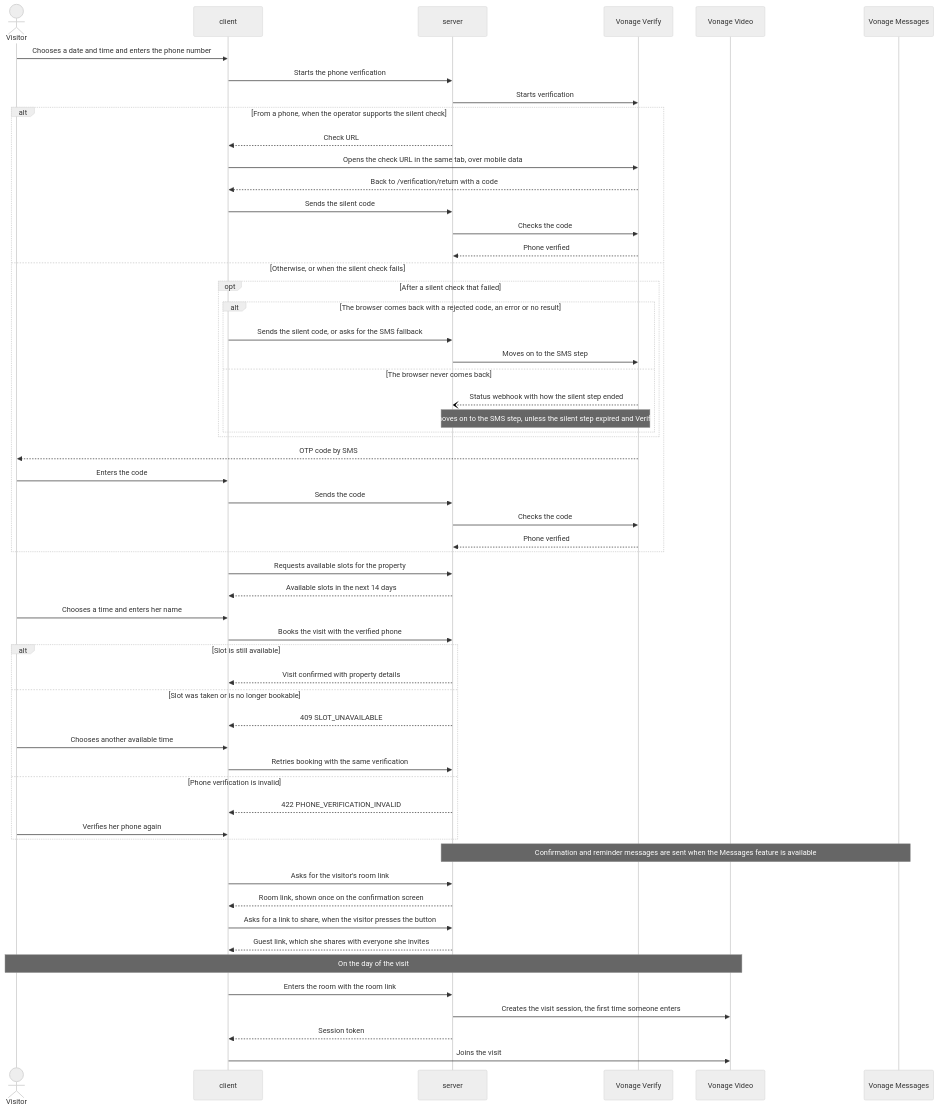
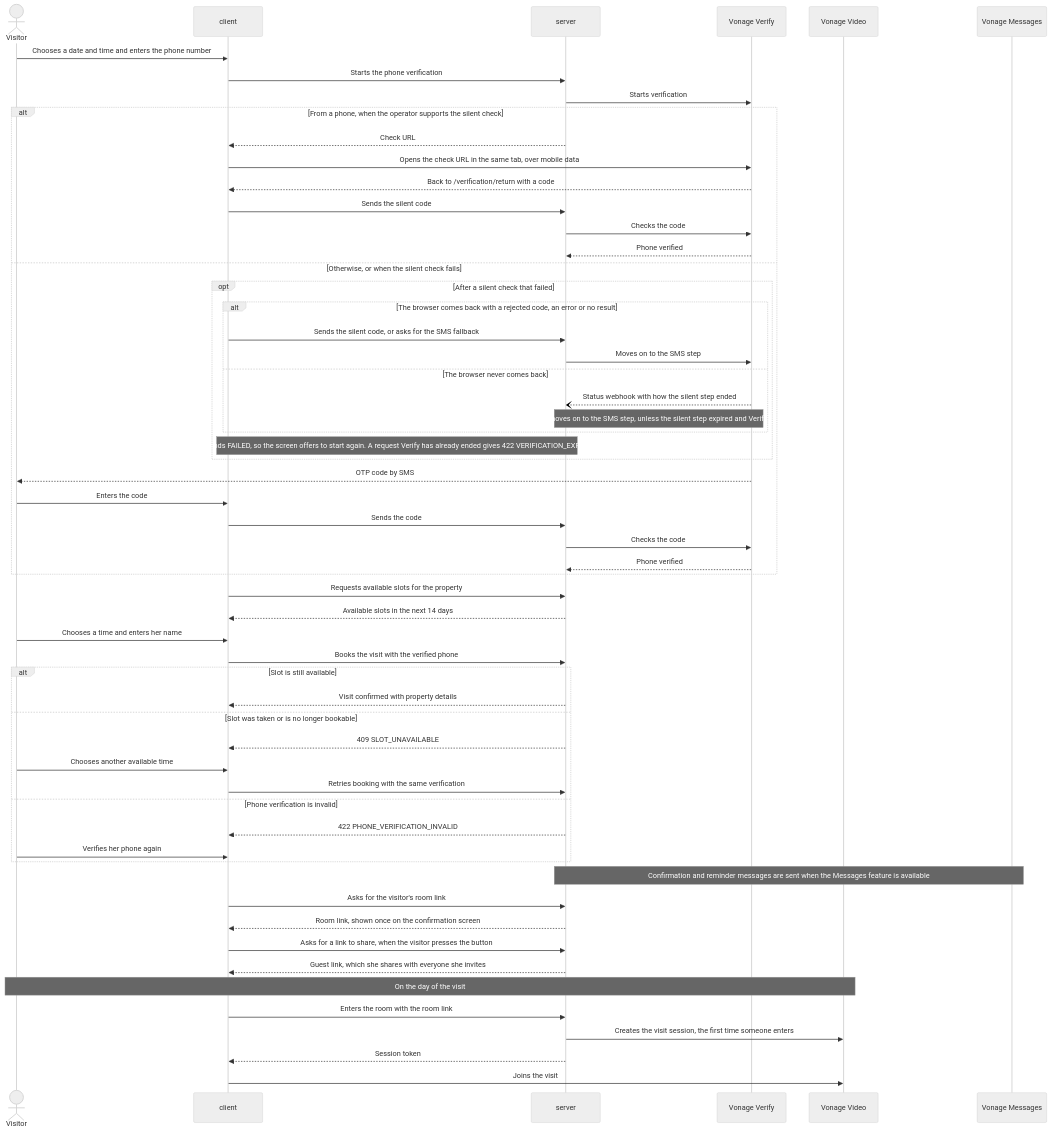
The second of 2 diagrams in docs/architecture/README.md (femCodersClub-vonage-program/secure-property-viewing), drawn with Mermaid (neutral theme) before and after one commit. The commit also changed 2 other files, not shown here.

Commit message:
docs: say how the Verify webhook reader differs from the voice one

````diff
--- a/docs/architecture/README.md
+++ b/docs/architecture/README.md
@@ -26,59 +26,60 @@
 ```mermaid
 sequenceDiagram
   actor V as Visitor
   participant C as client
   participant S as server
   participant VY as Vonage Verify
   participant VV as Vonage Video
   participant VM as Vonage Messages
   V->>C: Chooses a date and time and enters the phone number
   C->>S: Starts the phone verification
   S->>VY: Starts verification
   alt From a phone, when the operator supports the silent check
     S-->>C: Check URL
     C->>VY: Opens the check URL in the same tab, over mobile data
     VY-->>C: Back to /verification/return with a code
     C->>S: Sends the silent code
     S->>VY: Checks the code
     VY-->>S: Phone verified
   else Otherwise, or when the silent check fails
     opt After a silent check that failed
       alt The browser comes back with a rejected code, an error or no result
         C->>S: Sends the silent code, or asks for the SMS fallback
         S->>VY: Moves on to the SMS step
       else The browser never comes back
         VY--)S: Status webhook with how the silent step ended
         Note over S,VY: The server moves on to the SMS step, unless the silent step expired and Verify already did
       end
+      Note over C,S: A +990 number has no SMS step and ends FAILED, so the screen offers to start again. A request Verify has already ended gives 422 VERIFICATION_EXPIRED, and the screen offers a new code
     end
     VY-->>V: OTP code by SMS
     V->>C: Enters the code
     C->>S: Sends the code
     S->>VY: Checks the code
     VY-->>S: Phone verified
   end
   C->>S: Requests available slots for the property
   S-->>C: Available slots in the next 14 days
   V->>C: Chooses a time and enters her name
   C->>S: Books the visit with the verified phone
   alt Slot is still available
     S-->>C: Visit confirmed with property details
   else Slot was taken or is no longer bookable
     S-->>C: 409 SLOT_UNAVAILABLE
     V->>C: Chooses another available time
     C->>S: Retries booking with the same verification
   else Phone verification is invalid
     S-->>C: 422 PHONE_VERIFICATION_INVALID
     V->>C: Verifies her phone again
   end
   Note over S,VM: Confirmation and reminder messages are sent when the Messages feature is available
   C->>S: Asks for the visitor's room link
   S-->>C: Room link, shown once on the confirmation screen
   C->>S: Asks for a link to share, when the visitor presses the button
   S-->>C: Guest link, which she shares with everyone she invites
   Note over V,VV: On the day of the visit
   C->>S: Enters the room with the room link
   S->>VV: Creates the visit session, the first time someone enters
   S-->>C: Session token
   C->>VV: Joins the visit
 ```
````
